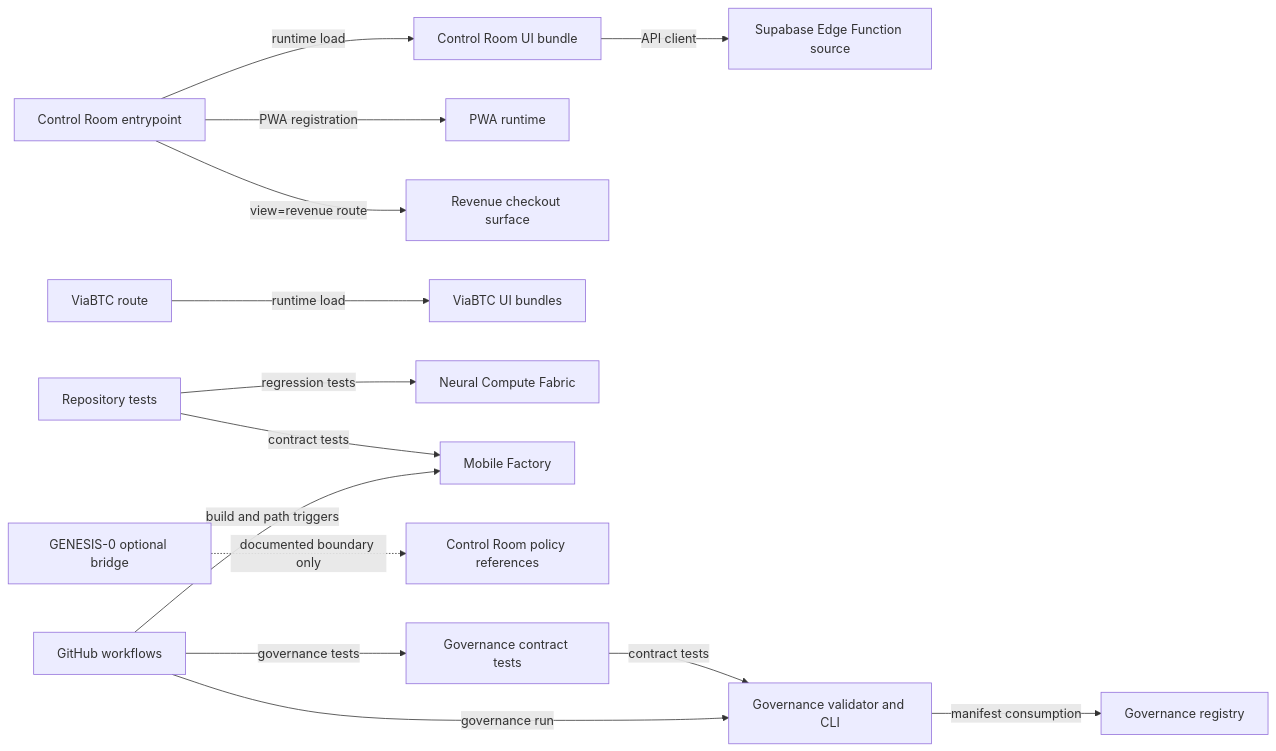
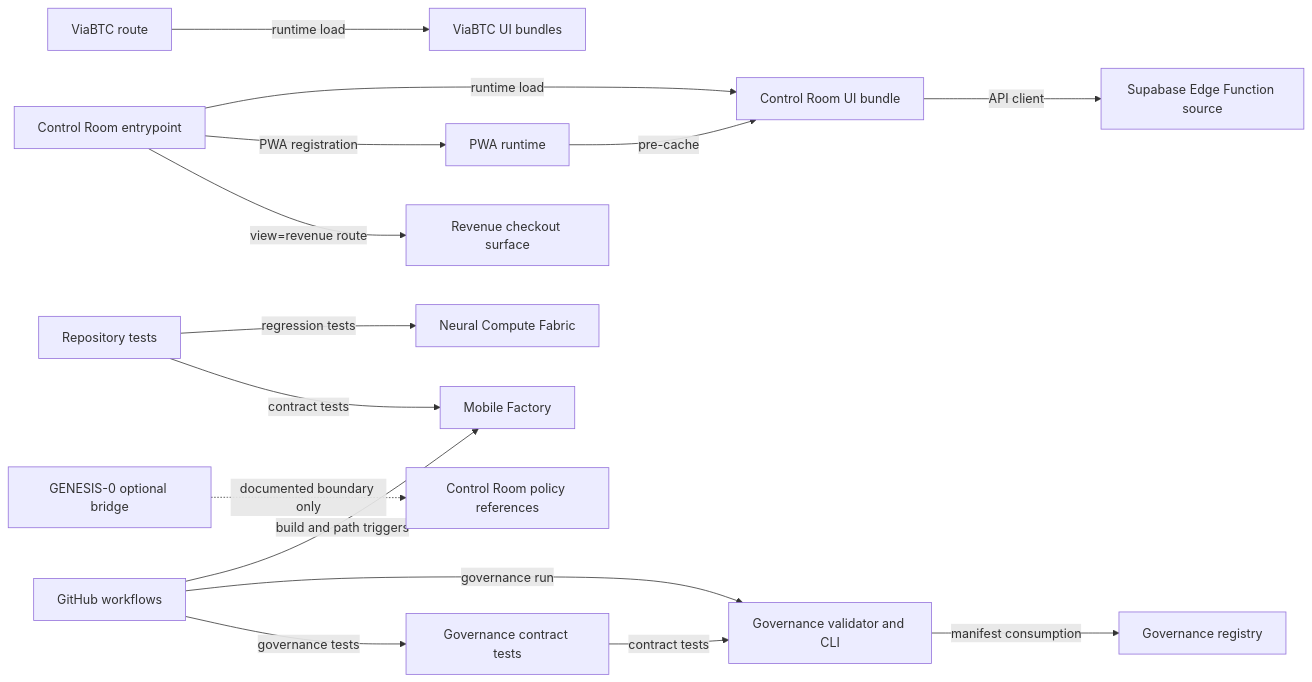
The diagram in docs/architecture/DEPENDENCY_MAP.md (Sirahwaz/Control-room), drawn with Mermaid before and after one commit. The commit also changed other lines of this file and 6 other files, not shown here.

````diff
--- a/docs/architecture/DEPENDENCY_MAP.md
+++ b/docs/architecture/DEPENDENCY_MAP.md
@@ -5,33 +5,34 @@
 ```mermaid
 flowchart LR
   ENTRY[Control Room entrypoint]
   UI[Control Room UI bundle]
   PWA[PWA runtime]
   REV[Revenue checkout surface]
   API[Supabase Edge Function source]
   VROUTE[ViaBTC route]
   VASSETS[ViaBTC UI bundles]
   TESTS[Repository tests]
   MNCF[Neural Compute Fabric]
   MOBILE[Mobile Factory]
   CI[GitHub workflows]
   G0[GENESIS-0 optional bridge]
   POLICY[Control Room policy references]
   GOVREG[Governance registry]
   GOVTOOL[Governance validator and CLI]
   GOVTEST[Governance contract tests]
 
   ENTRY -->|runtime load| UI
   ENTRY -->|PWA registration| PWA
+  PWA -->|pre-cache| UI
   ENTRY -->|view=revenue route| REV
   UI -->|API client| API
   VROUTE -->|runtime load| VASSETS
   TESTS -->|regression tests| MNCF
   TESTS -->|contract tests| MOBILE
   CI -->|build and path triggers| MOBILE
   G0 -.->|documented boundary only| POLICY
   GOVTOOL -->|manifest consumption| GOVREG
   GOVTEST -->|contract tests| GOVTOOL
   CI -->|governance run| GOVTOOL
   CI -->|governance tests| GOVTEST
 ```
````
